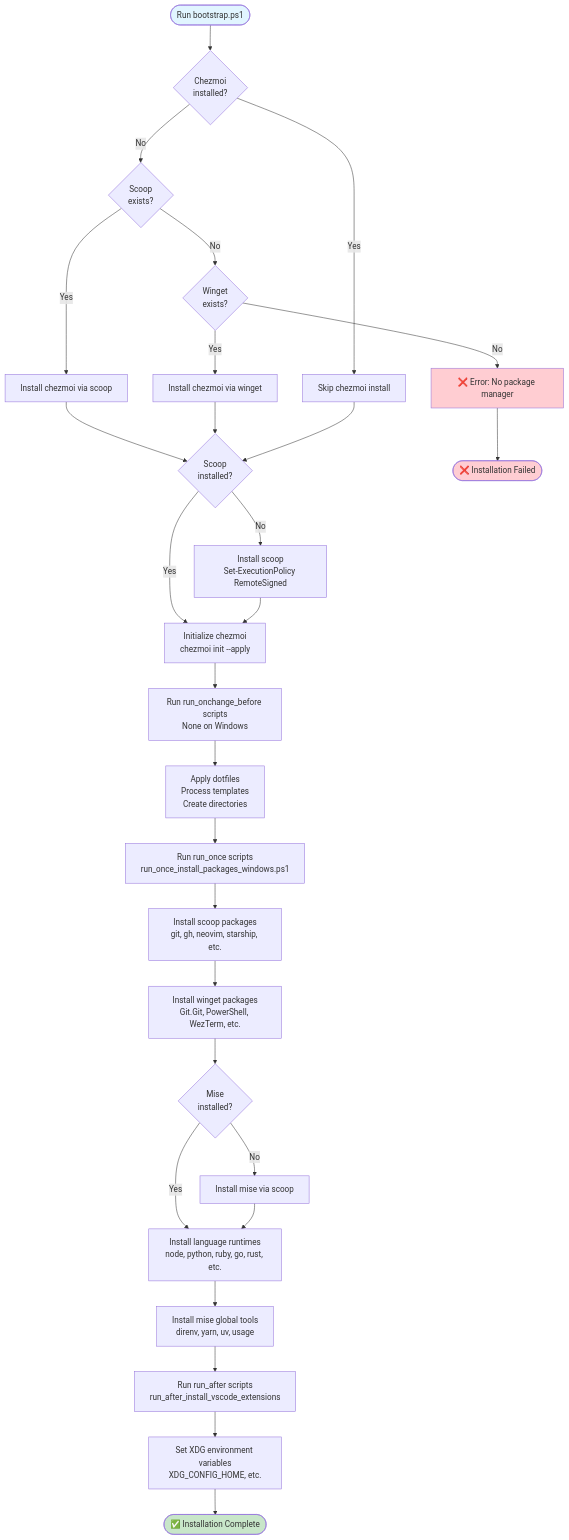
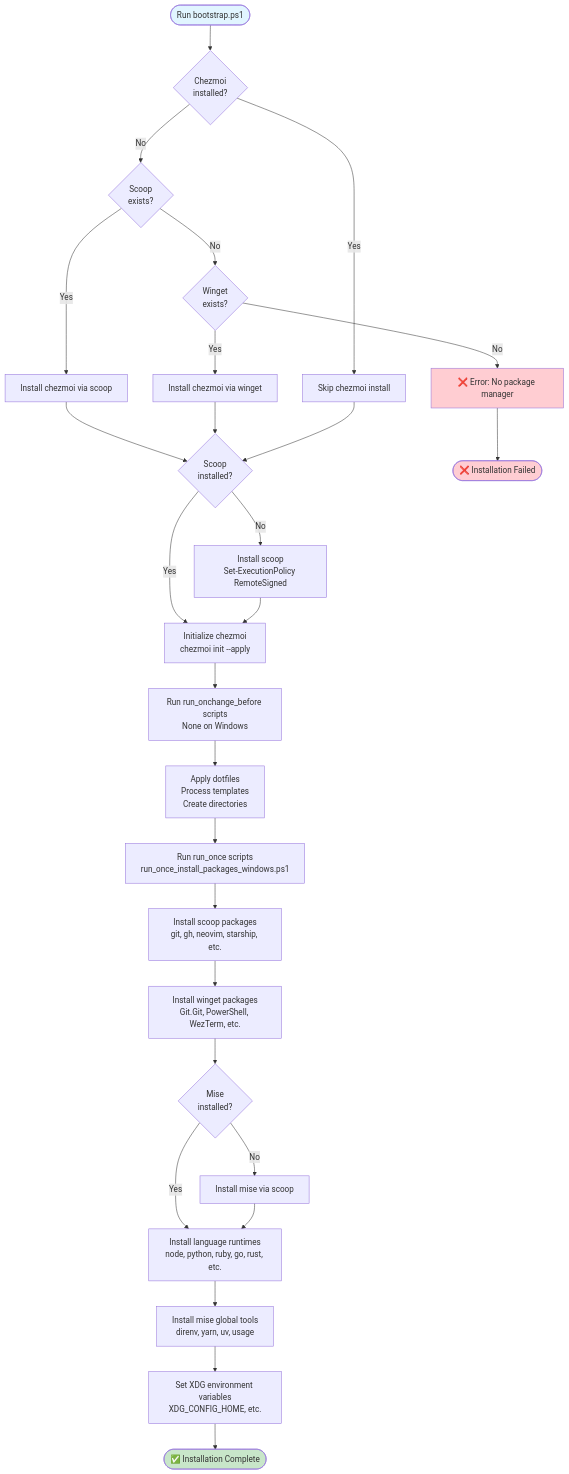
The first of 6 diagrams in INSTALL-GUIDE.md (Randallsm83/chezmoi), drawn with Mermaid before and after one commit. The commit also changed other lines of this file and 8 other files, not shown here.

````diff
--- a/INSTALL-GUIDE.md
+++ b/INSTALL-GUIDE.md
@@ -49,54 +49,52 @@
 ```mermaid
 graph TD
     Start([Run bootstrap.ps1]) --> CheckChezmoi{Chezmoi<br/>installed?}
     
     CheckChezmoi -->|No| TryScoop{Scoop<br/>exists?}
     CheckChezmoi -->|Yes| SkipChezmoi[Skip chezmoi install]
     
     TryScoop -->|Yes| InstallChezmoiScoop[Install chezmoi via scoop]
     TryScoop -->|No| TryWinget{Winget<br/>exists?}
     
     TryWinget -->|Yes| InstallChezmoiWinget[Install chezmoi via winget]
     TryWinget -->|No| Error1[❌ Error: No package manager]
     
     InstallChezmoiScoop --> CheckScoop
     InstallChezmoiWinget --> CheckScoop
     SkipChezmoi --> CheckScoop
     
     CheckScoop{Scoop<br/>installed?} -->|No| InstallScoop[Install scoop<br/>Set-ExecutionPolicy RemoteSigned]
     CheckScoop -->|Yes| InitChezmoi
     
     InstallScoop --> InitChezmoi[Initialize chezmoi<br/>chezmoi init --apply]
     
     InitChezmoi --> RunBefore[Run run_onchange_before scripts<br/>None on Windows]
     
     RunBefore --> ApplyConfigs[Apply dotfiles<br/>Process templates<br/>Create directories]
     
     ApplyConfigs --> RunOnce[Run run_once scripts<br/>run_once_install_packages_windows.ps1]
     
     RunOnce --> InstallScoopPkgs[Install scoop packages<br/>git, gh, neovim, starship, etc.]
     
     InstallScoopPkgs --> InstallWingetPkgs[Install winget packages<br/>Git.Git, PowerShell, WezTerm, etc.]
     
     InstallWingetPkgs --> InstallMise{Mise<br/>installed?}
     
     InstallMise -->|No| InstallMiseViaScoop[Install mise via scoop]
     InstallMise -->|Yes| InstallRuntimes
     
     InstallMiseViaScoop --> InstallRuntimes[Install language runtimes<br/>node, python, ruby, go, rust, etc.]
     
     InstallRuntimes --> InstallMiseTools[Install mise global tools<br/>direnv, yarn, uv, usage]
     
-    InstallMiseTools --> RunAfter[Run run_after scripts<br/>run_after_install_vscode_extensions]
-    
-    RunAfter --> SetXDG[Set XDG environment variables<br/>XDG_CONFIG_HOME, etc.]
+    InstallMiseTools --> SetXDG[Set XDG environment variables<br/>XDG_CONFIG_HOME, etc.]
     
     SetXDG --> Complete([✅ Installation Complete])
     
     Error1 --> Fail([❌ Installation Failed])
     
     style Start fill:#e1f5ff
     style Complete fill:#c8e6c9
     style Fail fill:#ffcdd2
     style Error1 fill:#ffcdd2
 ```
````
